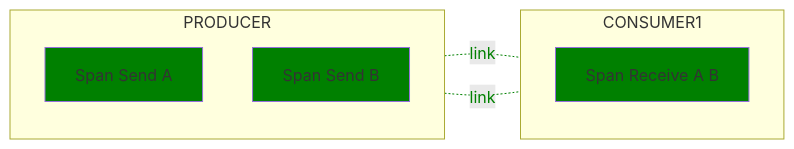
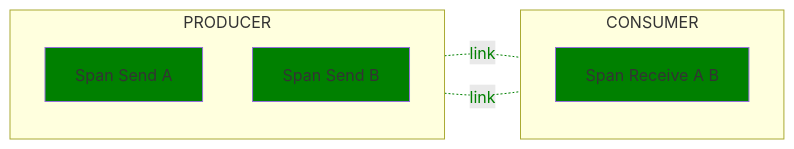
Before and after one commit to open-telemetry/semantic-conventions: the second of 4 diagrams in docs/messaging/messaging-spans.md, drawn with Mermaid. The commit also changed other lines of this file and 2 other files, not shown here.

````diff
--- a/docs/messaging/messaging-spans.md
+++ b/docs/messaging/messaging-spans.md
@@ -553,18 +558,18 @@
 ```mermaid
 flowchart LR;
   subgraph PRODUCER
   direction TB
   PA[Span Send A]
   PB[Span Send B]
   end
-  subgraph CONSUMER1
+  subgraph CONSUMER
   direction TB
   D1[Span Receive A B]
   end
   PA-. link .-D1;
   PB-. link .-D1;
 
   classDef normal fill:green
   class PA,PB,D1 normal
   linkStyle 0,1 color:green,stroke:green
 ```
````
